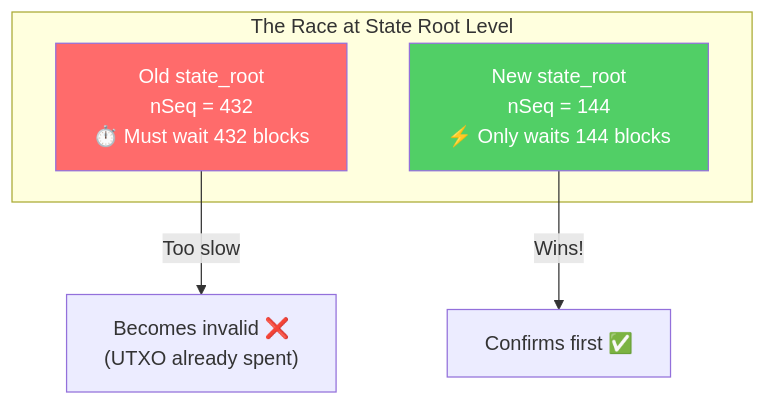
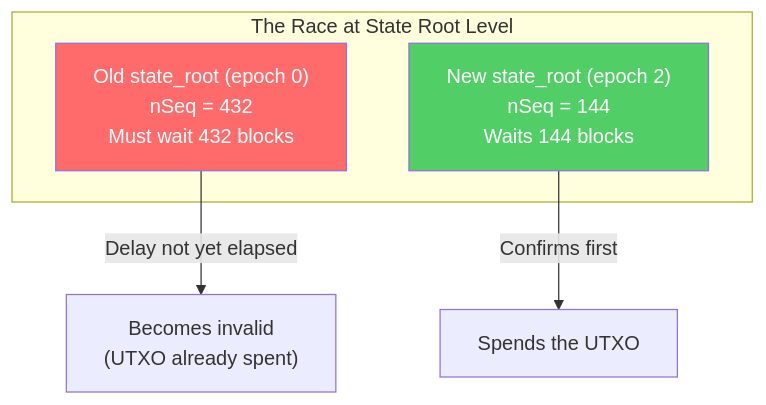
One commit to 8144225309/superscalar-docs changed the second of 3 diagrams in how-it-works/force-close.md. Above: the diagram before and after it, drawn with Mermaid. The commit also changed other lines of this file and 31 other files, not shown here.

````diff
--- a/how-it-works/force-close.md
+++ b/how-it-works/force-close.md
@@ -61,13 +61,13 @@
 ```mermaid
 graph TD
     subgraph "The Race at State Root Level"
-        SR_OLD["Old state_root<br/>nSeq = 432<br/>⏱️ Must wait 432 blocks"]
-        SR_NEW["New state_root<br/>nSeq = 144<br/>⚡ Only waits 144 blocks"]
+        SR_OLD["Old state_root (epoch 0)<br/>nSeq = 432<br/>Must wait 432 blocks"]
+        SR_NEW["New state_root (epoch 2)<br/>nSeq = 144<br/>Waits 144 blocks"]
     end
 
-    SR_NEW -->|"Wins!"| CONFIRM["Confirms first ✅"]
-    SR_OLD -->|"Too slow"| INVALID["Becomes invalid ❌<br/>(UTXO already spent)"]
+    SR_NEW -->|"Confirms first"| CONFIRM["Spends the UTXO"]
+    SR_OLD -->|"Delay not yet elapsed"| INVALID["Becomes invalid<br/>(UTXO already spent)"]
 
     style SR_NEW fill:#51cf66,color:#fff
     style SR_OLD fill:#ff6b6b,color:#fff
 ```
````
